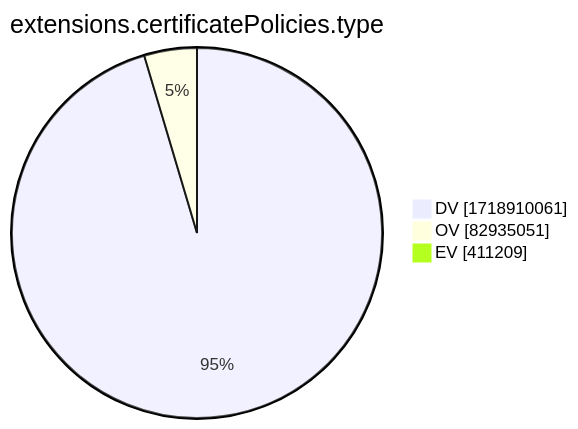
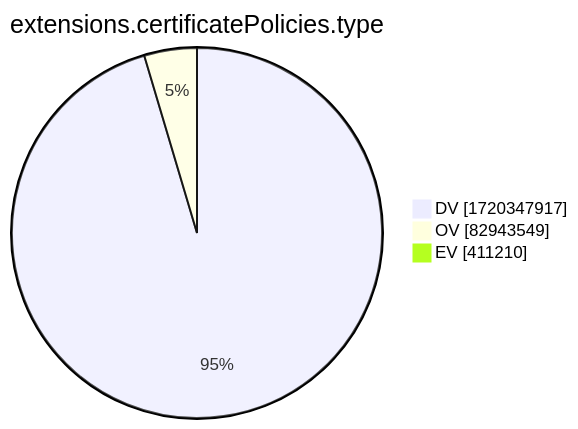
One commit to christiankrug/ctmonitor_visualization changed the tenth of 15 diagrams in xenon2022/README.md. Above: the diagram before and after it, drawn with Mermaid. The commit also changed other lines of this file, not shown here.

````diff
--- a/xenon2022/README.md
+++ b/xenon2022/README.md
@@ -2881,7 +2881,7 @@
 ```mermaid
 pie showData
 title extensions.certificatePolicies.type
-"DV" :1718910061
-"OV" :82935051
-"EV" :411209
+"DV" :1720347917
+"OV" :82943549
+"EV" :411210
 ```
````
